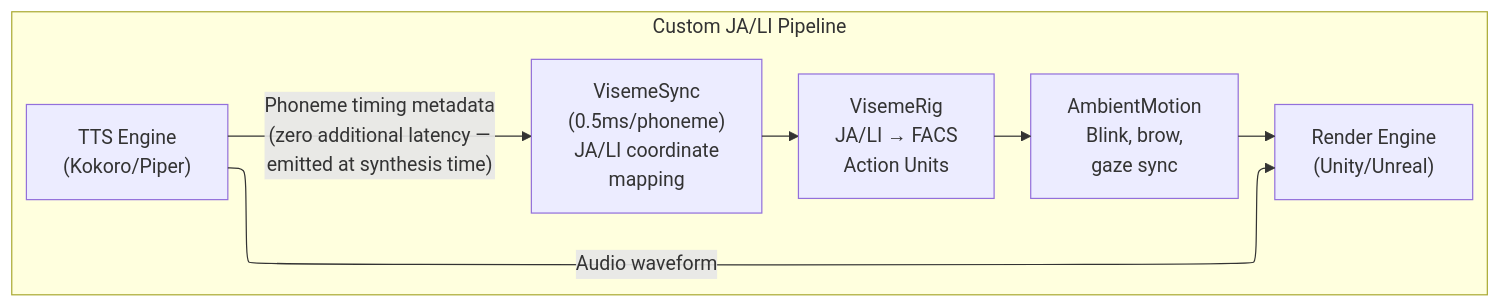
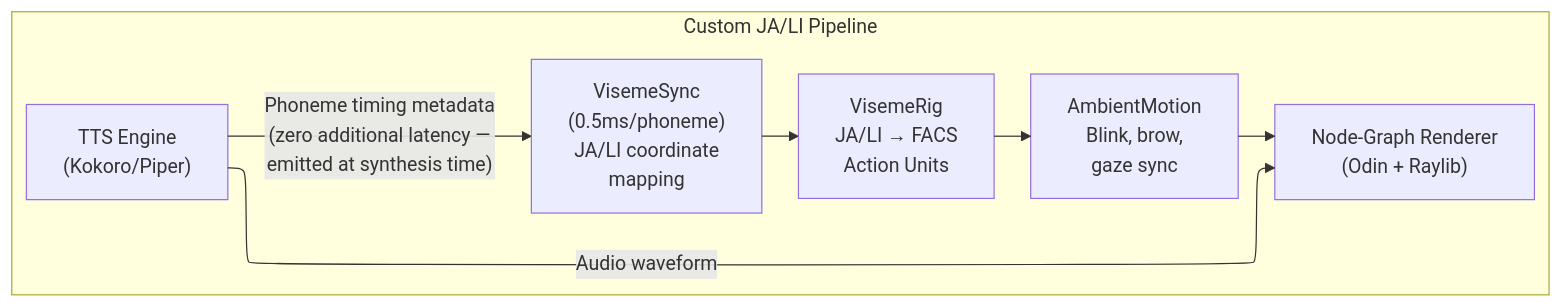
One commit to JustForCodin/Centaurian_Architecture_Implementation changed the tenth of 18 diagrams in Centaurian_Hybrid_Architecture_v3.md. Above: the diagram before and after it, drawn with Mermaid. The commit also changed other lines of this file, not shown here.

First line of the commit message:
v3 paper: node-graph rendering, Phase 1/2 domain split, persona-coherence reframe

````diff
--- a/Centaurian_Hybrid_Architecture_v3.md
+++ b/Centaurian_Hybrid_Architecture_v3.md
@@ -1277,11 +1264,11 @@
 ```mermaid
 %%{init: {"flowchart": {"defaultRenderer": "elk"}} }%%
 graph LR
     subgraph "Custom JA/LI Pipeline"
-        TTS["TTS Engine<br/>(Kokoro/Piper)"] -->|"Audio waveform"| RENDER["Render Engine<br/>(Unity/Unreal)"]
+        TTS["TTS Engine<br/>(Kokoro/Piper)"] -->|"Audio waveform"| RENDER["Node-Graph Renderer<br/>(Odin + Raylib)"]
         TTS -->|"Phoneme timing metadata<br/>(zero additional latency —<br/>emitted at synthesis time)"| VSYNC["VisemeSync<br/>(0.5ms/phoneme)<br/>JA/LI coordinate<br/>mapping"]
         VSYNC --> VRIG["VisemeRig<br/>JA/LI → FACS<br/>Action Units"]
         VRIG --> AMBIENT["AmbientMotion<br/>Blink, brow,<br/>gaze sync"]
         AMBIENT --> RENDER
     end
 ```
````
